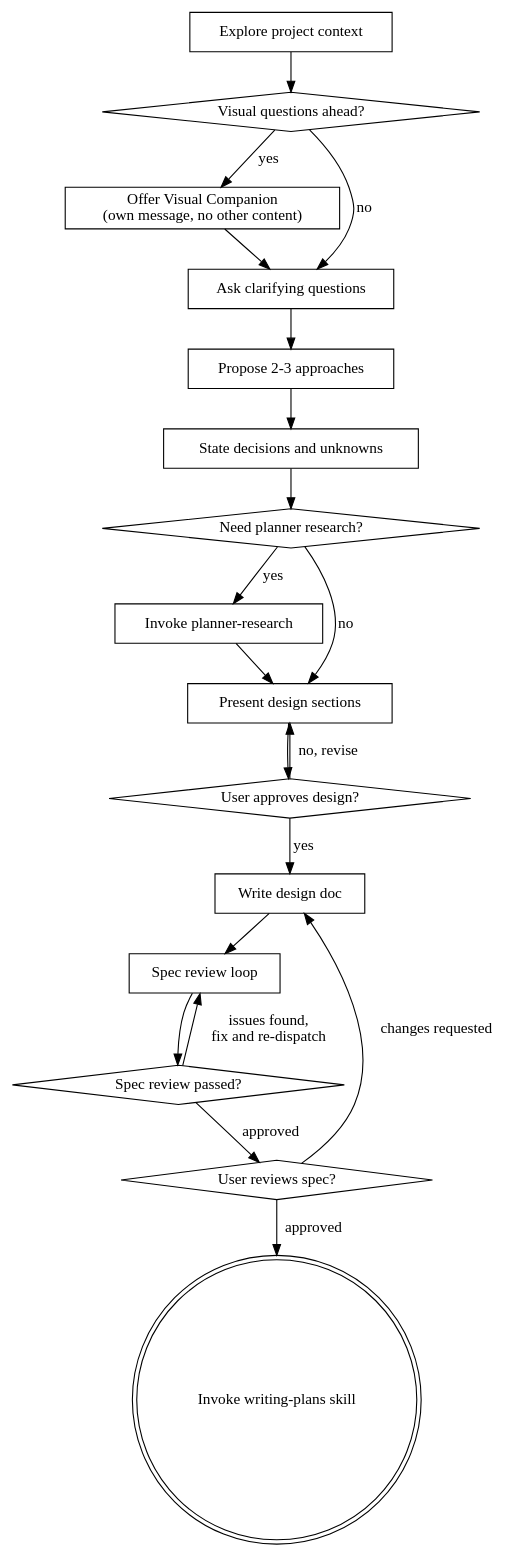
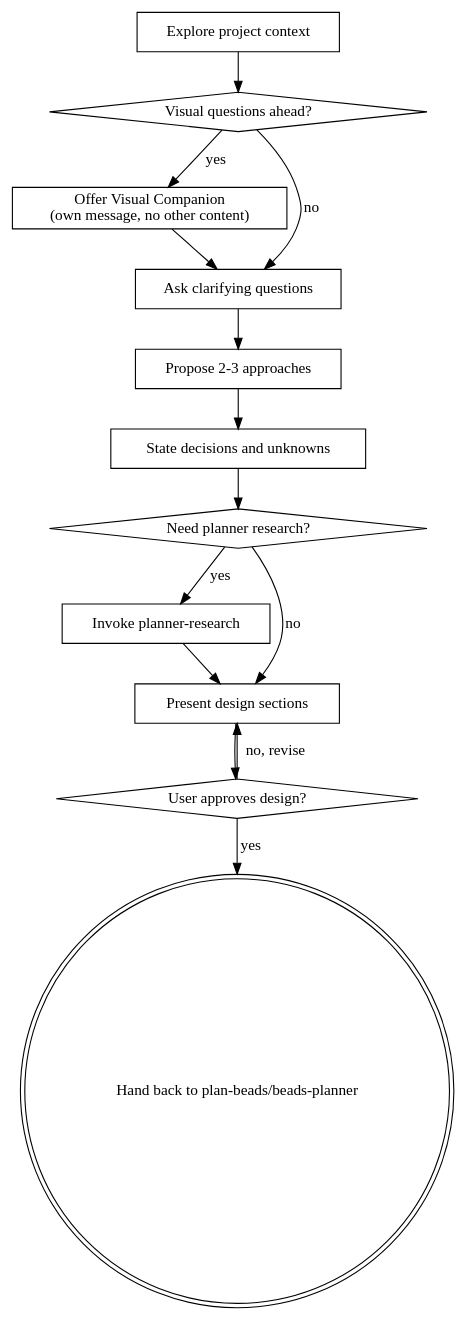
One commit to doviettung96/agent-workflow-template changed the diagram in skills/brainstorming/SKILL.md. Above: the diagram before and after it, drawn with Graphviz. The commit also changed other lines of this file and 6 other files, not shown here.

Commit message:
Align planner flow with Beads-first discuss research

````diff
--- a/skills/brainstorming/SKILL.md
+++ b/skills/brainstorming/SKILL.md
@@ -40,39 +37,29 @@
 ```dot
 digraph brainstorming {
     "Explore project context" [shape=box];
     "Visual questions ahead?" [shape=diamond];
     "Offer Visual Companion\n(own message, no other content)" [shape=box];
     "Ask clarifying questions" [shape=box];
     "Propose 2-3 approaches" [shape=box];
     "State decisions and unknowns" [shape=box];
     "Need planner research?" [shape=diamond];
     "Invoke planner-research" [shape=box];
     "Present design sections" [shape=box];
     "User approves design?" [shape=diamond];
-    "Write design doc" [shape=box];
-    "Spec review loop" [shape=box];
-    "Spec review passed?" [shape=diamond];
-    "User reviews spec?" [shape=diamond];
-    "Invoke writing-plans skill" [shape=doublecircle];
+    "Hand back to plan-beads/beads-planner" [shape=doublecircle];
 
     "Explore project context" -> "Visual questions ahead?";
     "Visual questions ahead?" -> "Offer Visual Companion\n(own message, no other content)" [label="yes"];
     "Visual questions ahead?" -> "Ask clarifying questions" [label="no"];
     "Offer Visual Companion\n(own message, no other content)" -> "Ask clarifying questions";
     "Ask clarifying questions" -> "Propose 2-3 approaches";
     "Propose 2-3 approaches" -> "State decisions and unknowns";
     "State decisions and unknowns" -> "Need planner research?";
     "Need planner research?" -> "Invoke planner-research" [label="yes"];
     "Need planner research?" -> "Present design sections" [label="no"];
     "Invoke planner-research" -> "Present design sections";
     "Present design sections" -> "User approves design?";
     "User approves design?" -> "Present design sections" [label="no, revise"];
-    "User approves design?" -> "Write design doc" [label="yes"];
-    "Write design doc" -> "Spec review loop";
-    "Spec review loop" -> "Spec review passed?";
-    "Spec review passed?" -> "Spec review loop" [label="issues found,\nfix and re-dispatch"];
-    "Spec review passed?" -> "User reviews spec?" [label="approved"];
-    "User reviews spec?" -> "Write design doc" [label="changes requested"];
-    "User reviews spec?" -> "Invoke writing-plans skill" [label="approved"];
+    "User approves design?" -> "Hand back to plan-beads/beads-planner" [label="yes"];
 }
 ```
````
